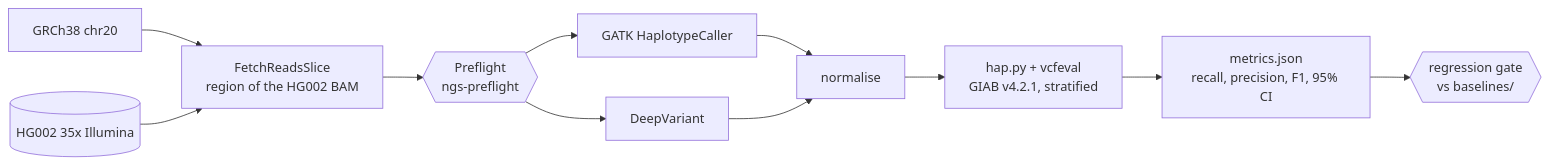
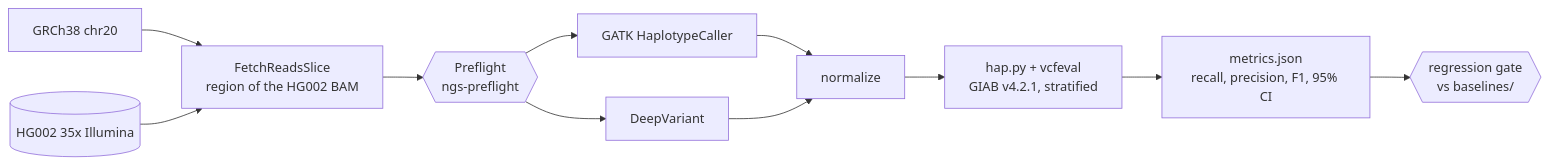
One commit to ericwootton/wgs-release-validation changed the diagram in README.md. Above: the diagram before and after it, drawn with Mermaid. The commit also changed other lines of this file and 24 other files, not shown here.

````diff
--- a/README.md
+++ b/README.md
@@ -67,13 +71,13 @@
 ```mermaid
 flowchart LR
     ref[GRCh38 chr20] --> slice[FetchReadsSlice<br/>region of the HG002 BAM]
     reads[(HG002 35x Illumina)] --> slice
     slice --> pre{{Preflight<br/>ngs-preflight}}
     pre --> gatk[GATK HaplotypeCaller]
     pre --> dv[DeepVariant]
-    gatk --> norm[normalise]
+    gatk --> norm[normalize]
     dv --> norm
     norm --> happy[hap.py + vcfeval<br/>GIAB v4.2.1, stratified]
     happy --> sum[metrics.json<br/>recall, precision, F1, 95% CI]
     sum --> gate{{regression gate<br/>vs baselines/}}
 ```
````
